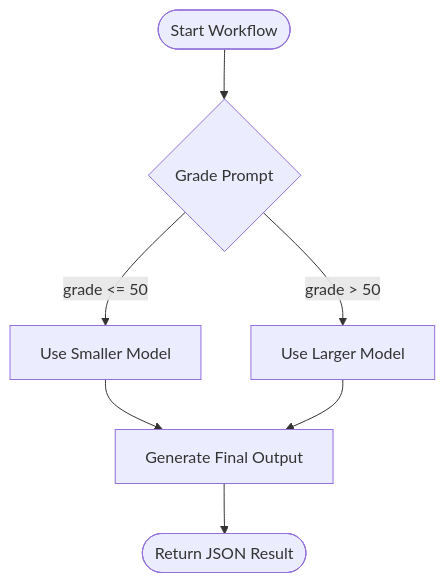
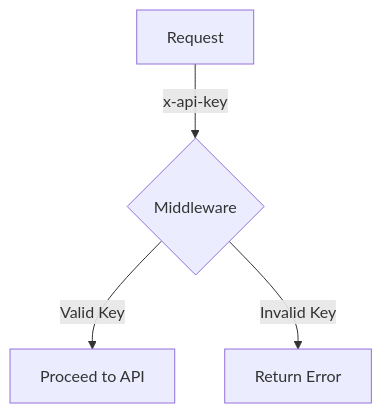
Before and after one commit to reeawnc/cloudflare: the diagram in apps/routing/README.md, drawn with Mermaid. The commit also changed other lines of this file and 46 other files, not shown here.

````diff
--- a/apps/routing/README.md
+++ b/apps/routing/README.md
@@ -70,9 +89,6 @@
 ```mermaid
-flowchart TB
-    A([Start Workflow]) --> B{Grade Prompt}
-    B -->|grade <= 50| C[Use Smaller Model]
-    B -->|grade > 50| D[Use Larger Model]
-    C --> E[Generate Final Output]
-    D --> E[Generate Final Output]
-    E --> F([Return JSON Result])
+graph TD;
+    A[Request] -->|x-api-key| B{Middleware}
+    B -->|Valid Key| C[Proceed to API]
+    B -->|Invalid Key| D[Return Error]
 ```
````
